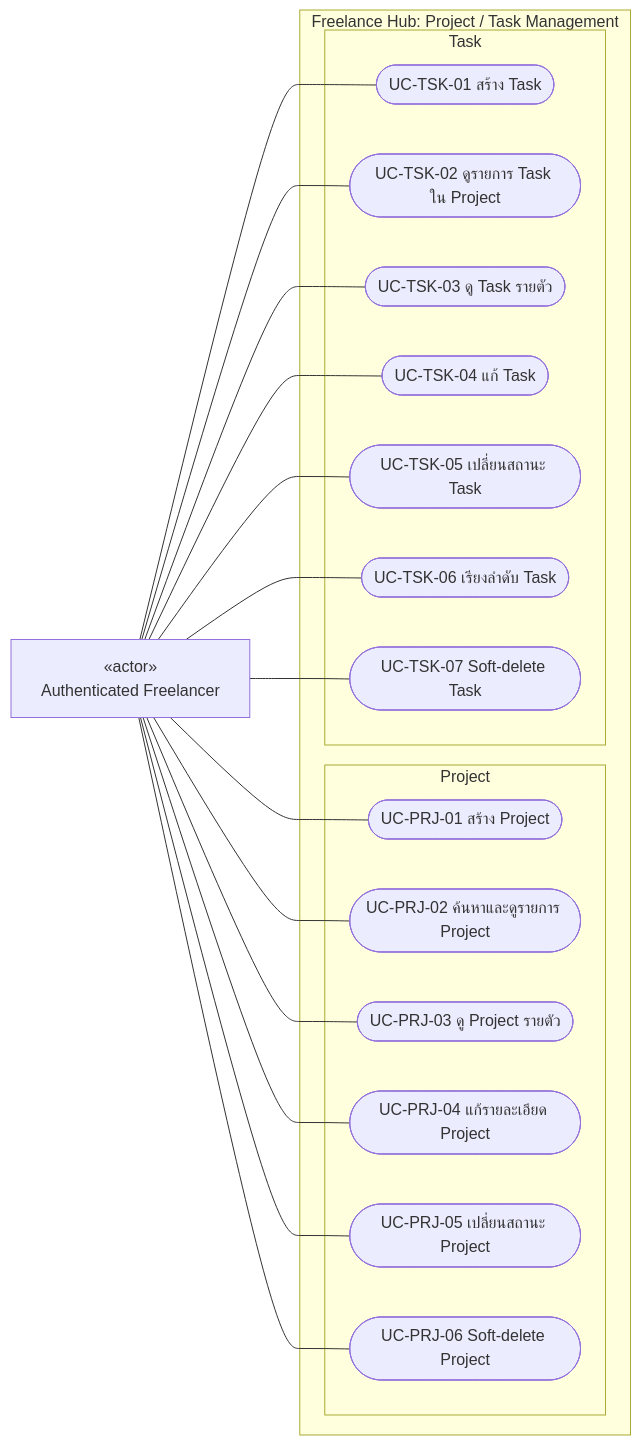
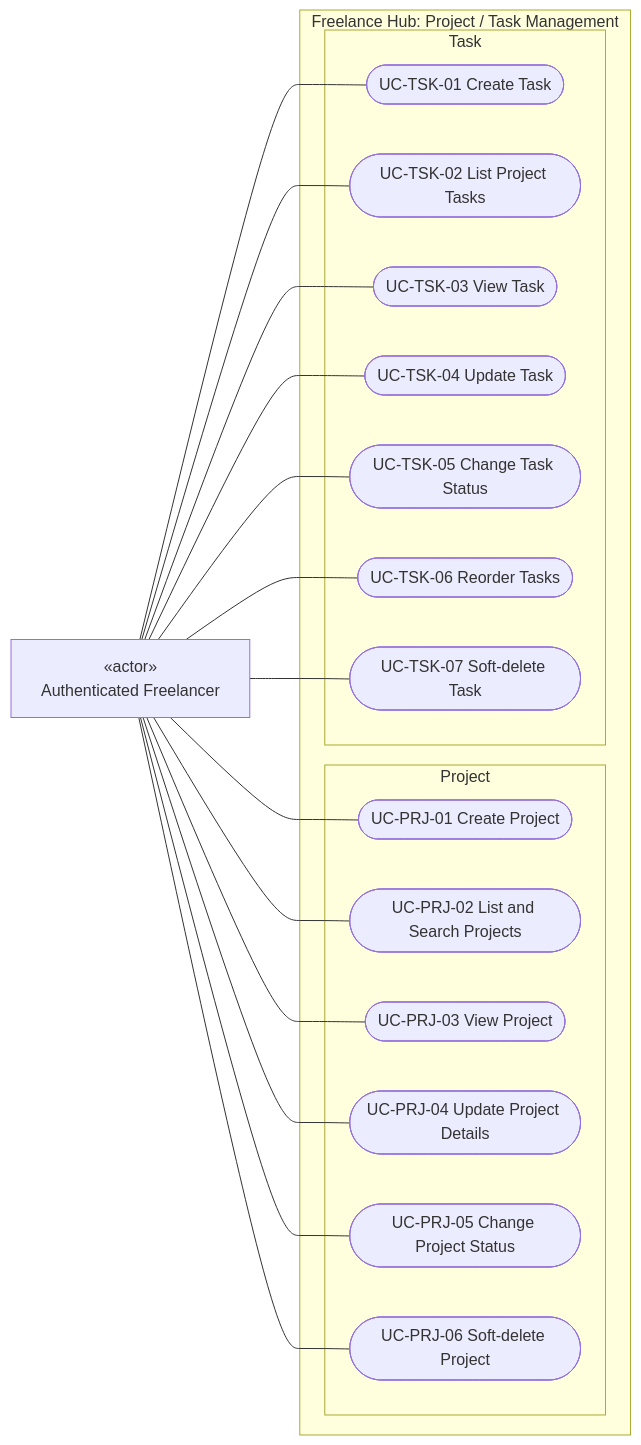
The third of 5 diagrams in doc/diagrams/use-case-diagram.md (lillianxhub/freelance-hub), drawn with Mermaid before and after one commit. The commit also changed other lines of this file and 18 other files, not shown here.

Commit message:
docs: sync project documentation, consolidate sequence diagrams and update deployment links

````diff
--- a/doc/diagrams/use-case-diagram.md
+++ b/doc/diagrams/use-case-diagram.md
@@ -69,36 +69,36 @@
 ```mermaid
 flowchart LR
     F["«actor»<br/>Authenticated Freelancer"]
     subgraph WORK["Freelance Hub: Project / Task Management"]
         subgraph PROJECT["Project"]
-            P1(["UC-PRJ-01 สร้าง Project"])
-            P2(["UC-PRJ-02 ค้นหาและดูรายการ Project"])
-            P3(["UC-PRJ-03 ดู Project รายตัว"])
-            P4(["UC-PRJ-04 แก้รายละเอียด Project"])
-            P5(["UC-PRJ-05 เปลี่ยนสถานะ Project"])
+            P1(["UC-PRJ-01 Create Project"])
+            P2(["UC-PRJ-02 List and Search Projects"])
+            P3(["UC-PRJ-03 View Project"])
+            P4(["UC-PRJ-04 Update Project Details"])
+            P5(["UC-PRJ-05 Change Project Status"])
             P6(["UC-PRJ-06 Soft-delete Project"])
         end
         subgraph TASK["Task"]
-            T1(["UC-TSK-01 สร้าง Task"])
-            T2(["UC-TSK-02 ดูรายการ Task ใน Project"])
-            T3(["UC-TSK-03 ดู Task รายตัว"])
-            T4(["UC-TSK-04 แก้ Task"])
-            T5(["UC-TSK-05 เปลี่ยนสถานะ Task"])
-            T6(["UC-TSK-06 เรียงลำดับ Task"])
+            T1(["UC-TSK-01 Create Task"])
+            T2(["UC-TSK-02 List Project Tasks"])
+            T3(["UC-TSK-03 View Task"])
+            T4(["UC-TSK-04 Update Task"])
+            T5(["UC-TSK-05 Change Task Status"])
+            T6(["UC-TSK-06 Reorder Tasks"])
             T7(["UC-TSK-07 Soft-delete Task"])
         end
     end
     F --- P1
     F --- P2
     F --- P3
     F --- P4
     F --- P5
     F --- P6
     F --- T1
     F --- T2
     F --- T3
     F --- T4
     F --- T5
     F --- T6
     F --- T7
 ```
````
